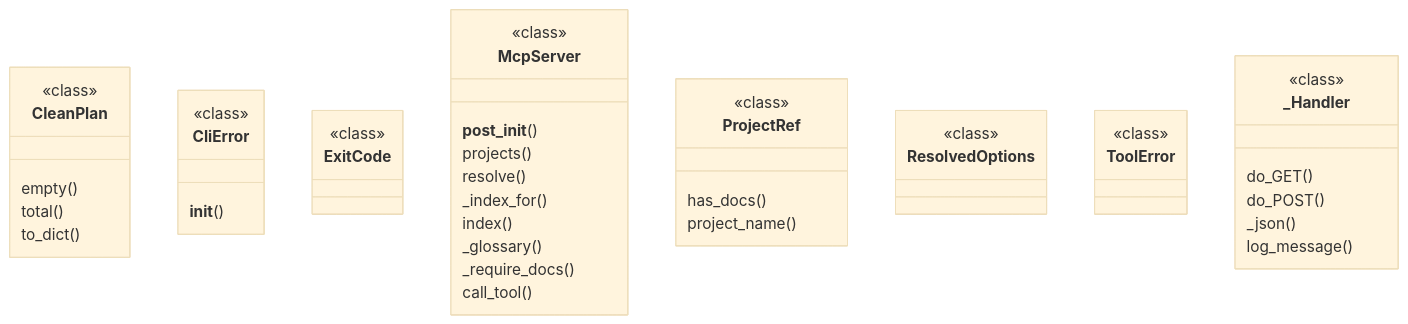
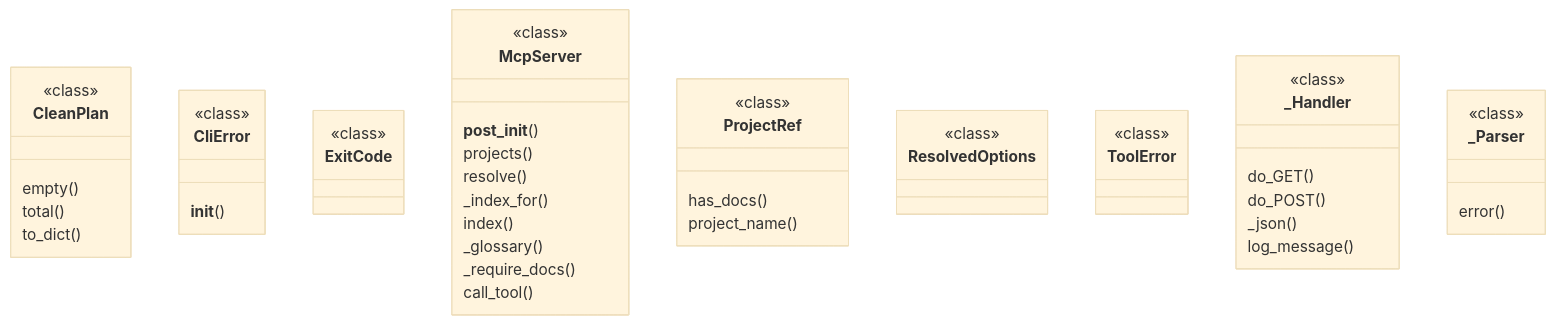
The diagram in docs/generated/diagrams/clases-docu_delivery.mmd (CharlyZeta/Docu), drawn with Mermaid (base theme) before and after one commit. The commit also changed 8 other files, not shown here.

```diff
--- a/docs/generated/diagrams/clases-docu_delivery.mmd
+++ b/docs/generated/diagrams/clases-docu_delivery.mmd
@@ -1,35 +1,38 @@
 classDiagram
     class CleanPlan <<class>> {
         empty()
         total()
         to_dict()
     }
     class CliError <<class>> {
         __init__()
     }
     class ExitCode <<class>> {
     }
     class McpServer <<class>> {
         __post_init__()
         projects()
         resolve()
         _index_for()
         index()
         _glossary()
         _require_docs()
         call_tool()
     }
     class ProjectRef <<class>> {
         has_docs()
         project_name()
     }
     class ResolvedOptions <<class>> {
     }
     class ToolError <<class>> {
     }
     class _Handler <<class>> {
         do_GET()
         do_POST()
         _json()
         log_message()
     }
+    class _Parser <<class>> {
+        error()
+    }
```
